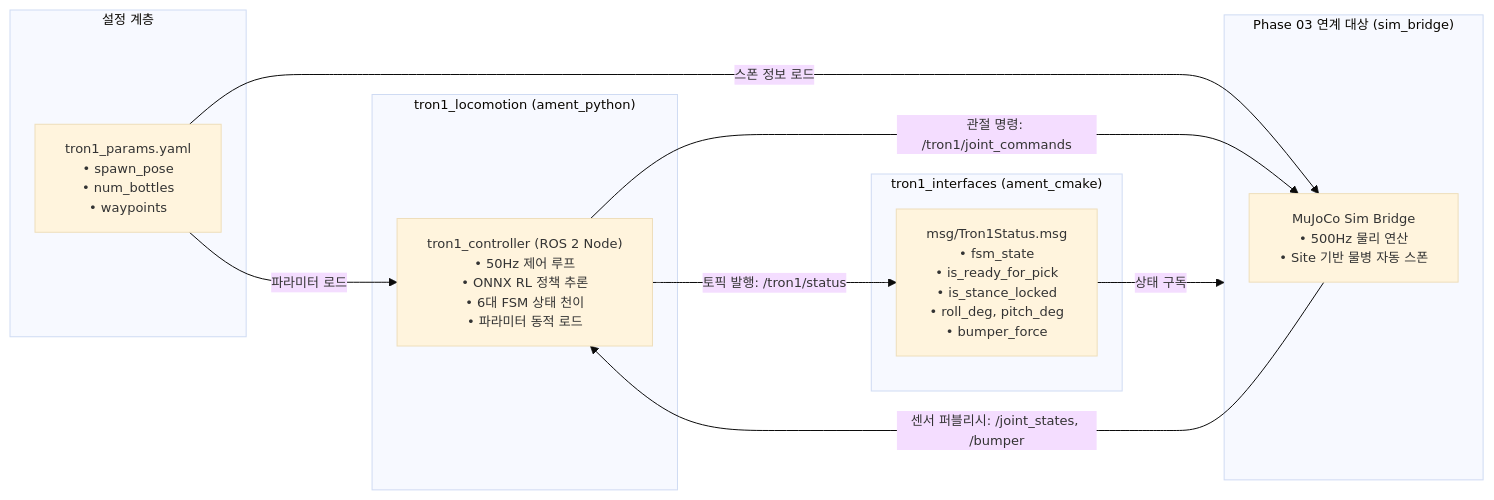
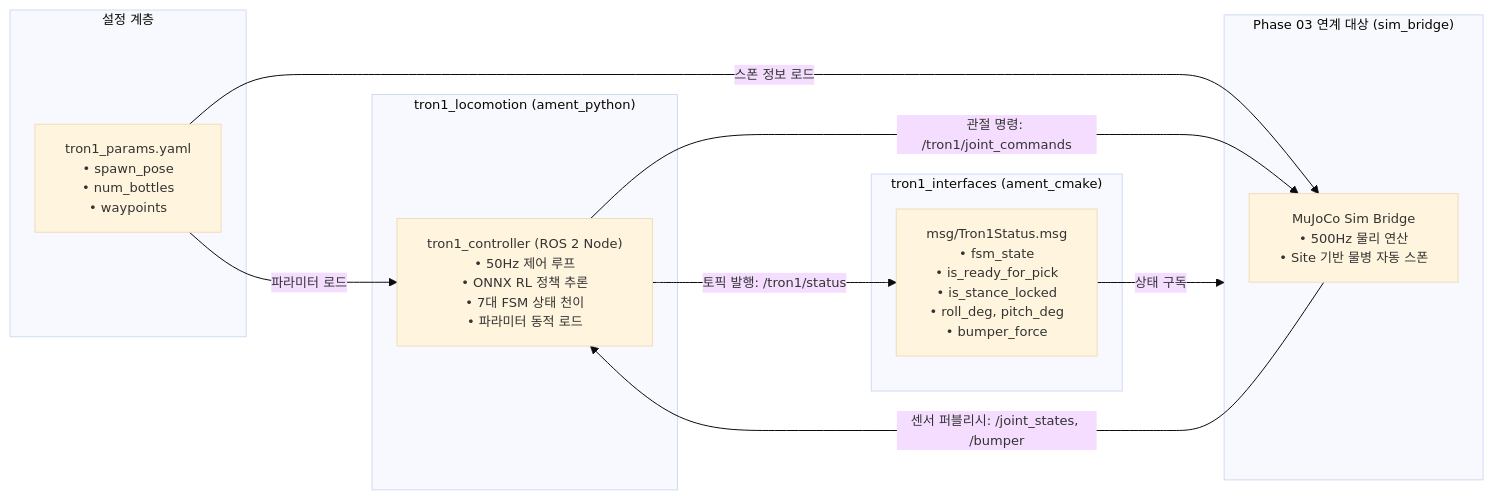
Before and after one commit to Centaucyan/Proj_Transferring_bottle_from_tron1_to_ur5e_in_mujoco_env: the first of 2 diagrams in documents/development_roadmap/rm_phase02_tron1_ros2_controller.md, drawn with Mermaid. The commit also changed other lines of this file and 6 other files, not shown here.

````diff
--- a/documents/development_roadmap/rm_phase02_tron1_ros2_controller.md
+++ b/documents/development_roadmap/rm_phase02_tron1_ros2_controller.md
@@ -57,26 +57,26 @@
 ```mermaid
 %%{init: {'theme': 'base', 'themeVariables': { 'fontSize': '13px' }}}%%
 flowchart LR
     subgraph Config ["설정 계층"]
         YAML["tron1_params.yaml<br/>• spawn_pose<br/>• num_bottles<br/>• waypoints"]
     end
 
     subgraph PkgInterfaces ["tron1_interfaces (ament_cmake)"]
         MSG["msg/Tron1Status.msg<br/>• fsm_state<br/>• is_ready_for_pick<br/>• is_stance_locked<br/>• roll_deg, pitch_deg<br/>• bumper_force"]
     end
 
     subgraph PkgLocomotion ["tron1_locomotion (ament_python)"]
-        NodeCtrl["tron1_controller (ROS 2 Node)<br/>• 50Hz 제어 루프<br/>• ONNX RL 정책 추론<br/>• 6대 FSM 상태 천이<br/>• 파라미터 동적 로드"]
+        NodeCtrl["tron1_controller (ROS 2 Node)<br/>• 50Hz 제어 루프<br/>• ONNX RL 정책 추론<br/>• 7대 FSM 상태 천이<br/>• 파라미터 동적 로드"]
     end
 
     subgraph Bridge ["Phase 03 연계 대상 (sim_bridge)"]
         Sim["MuJoCo Sim Bridge<br/>• 500Hz 물리 연산<br/>• Site 기반 물병 자동 스폰"]
     end
 
     YAML -->|파라미터 로드| NodeCtrl
     YAML -->|스폰 정보 로드| Sim
     NodeCtrl -->|토픽 발행: /tron1/status| MSG
     MSG -->|상태 구독| Bridge
     Sim -->|센서 퍼블리시: /joint_states, /bumper| NodeCtrl
     NodeCtrl -->|관절 명령: /tron1/joint_commands| Sim
 ```
````
